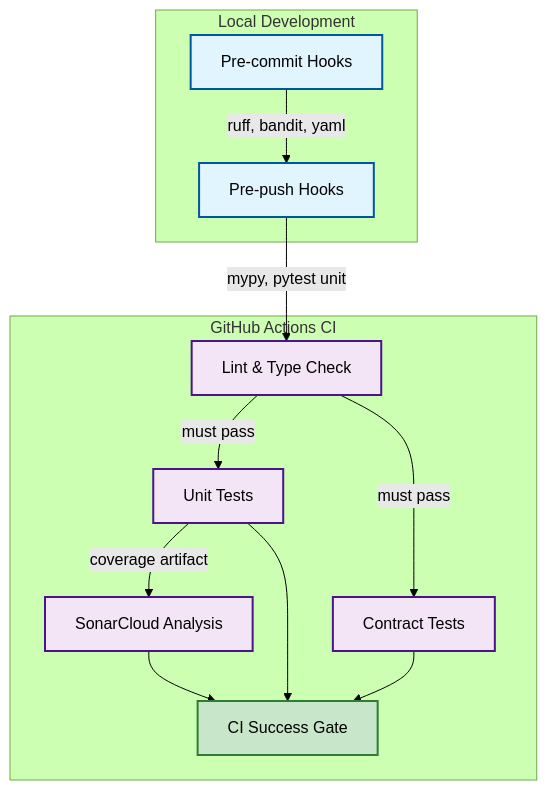
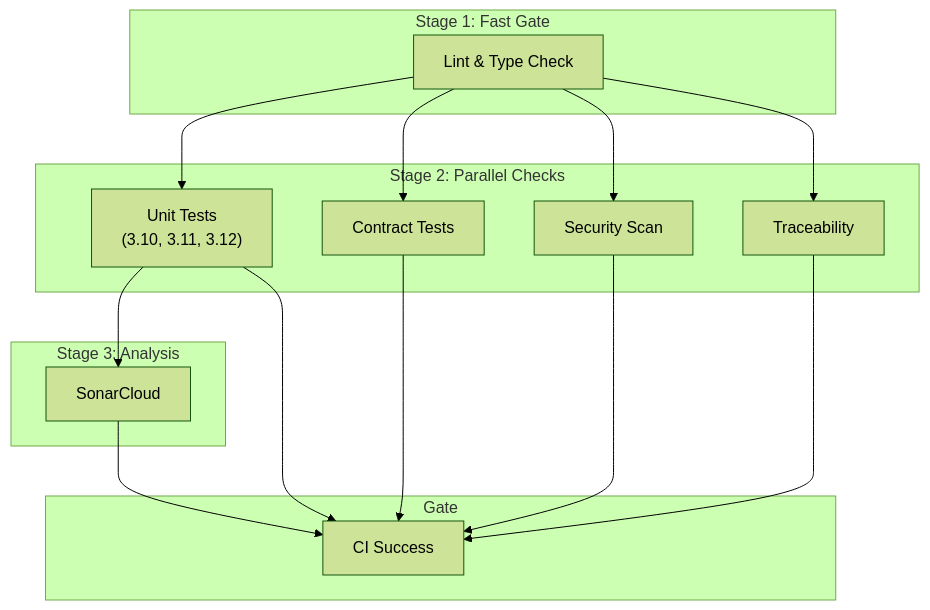
One commit to Obsidian-Owl/floe changed the first of 2 diagrams in .github/CI.md. Above: the diagram before and after it, drawn with Mermaid (forest theme). The commit also changed other lines of this file and 89 other files, not shown here.

````diff
--- a/.github/CI.md
+++ b/.github/CI.md
@@ -21,33 +26,32 @@
 ```mermaid
 flowchart TB
-    subgraph LOCAL ["Local Development"]
-        PC["Pre-commit Hooks"]
-        PP["Pre-push Hooks"]
+    subgraph LINT ["Stage 1: Fast Gate"]
+        L["Lint & Type Check"]
     end
 
-    subgraph CI ["GitHub Actions CI"]
-        LT["Lint & Type Check"]
-        UT["Unit Tests"]
-        CT["Contract Tests"]
-        SC["SonarCloud Analysis"]
-        SUCCESS["CI Success Gate"]
+    subgraph PARALLEL ["Stage 2: Parallel Checks"]
+        U["Unit Tests<br/>(3.10, 3.11, 3.12)"]
+        C["Contract Tests"]
+        S["Security Scan"]
+        T["Traceability"]
     end
 
-    PC -->|"ruff, bandit, yaml"| PP
-    PP -->|"mypy, pytest unit"| LT
+    subgraph ANALYSIS ["Stage 3: Analysis"]
+        SC["SonarCloud"]
+    end
 
-    LT -->|"must pass"| UT
-    LT -->|"must pass"| CT
-    UT -->|"coverage artifact"| SC
-    UT --> SUCCESS
-    CT --> SUCCESS
+    subgraph GATE ["Gate"]
+        SUCCESS["CI Success"]
+    end
+
+    L --> U
+    L --> C
+    L --> S
+    L --> T
+    U --> SC
+    U --> SUCCESS
+    C --> SUCCESS
+    S --> SUCCESS
+    T --> SUCCESS
     SC --> SUCCESS
-
-    classDef local fill:#e1f5fe,stroke:#01579b,stroke-width:2px
-    classDef ci fill:#f3e5f5,stroke:#4a148c,stroke-width:2px
-    classDef gate fill:#c8e6c9,stroke:#2e7d32,stroke-width:2px
-
-    class PC,PP local
-    class LT,UT,CT,SC ci
-    class SUCCESS gate
 ```
````
